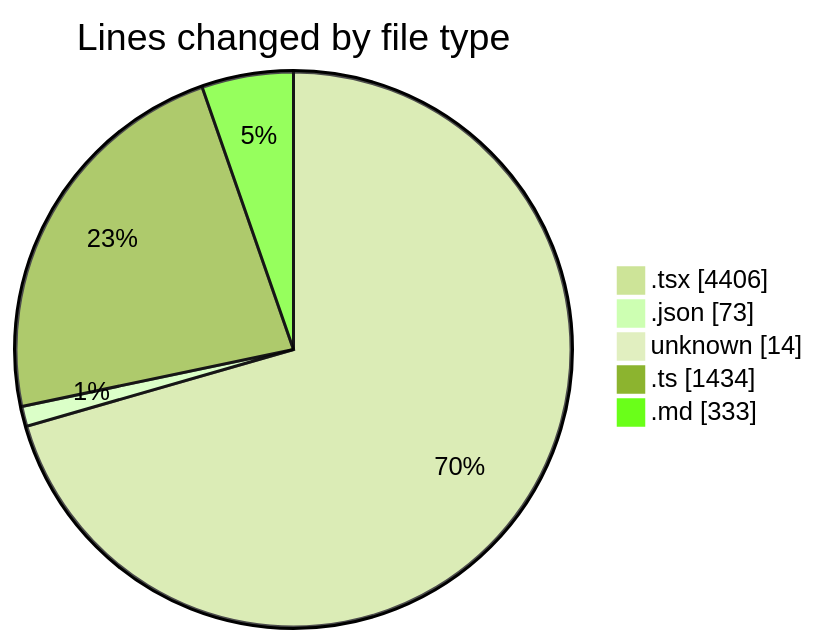
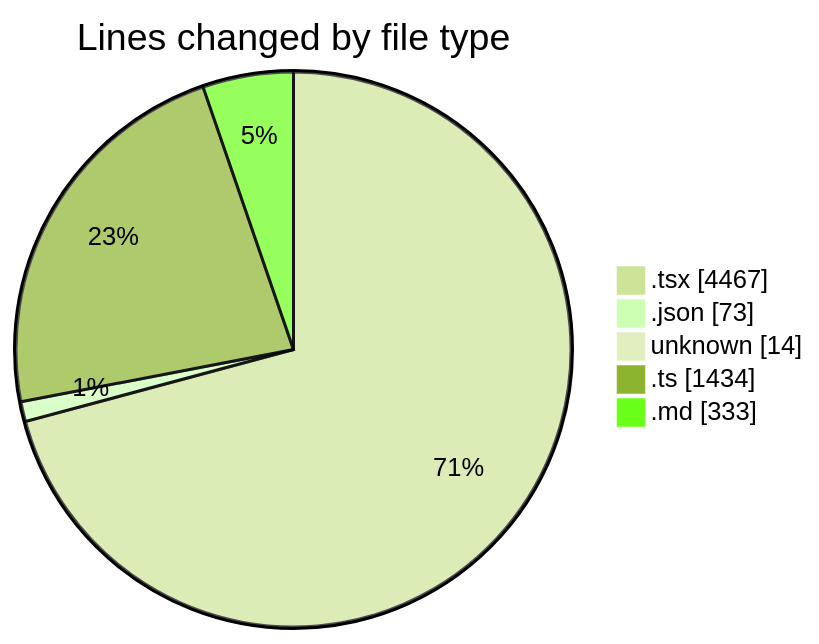
One commit to ernivani/code-tracking changed the first of 2 diagrams in 2025-01-03/tinycms/README.md. Above: the diagram before and after it, drawn with Mermaid (forest theme). The commit also changed other lines of this file and 2 other files, not shown here.

````diff
--- a/2025-01-03/tinycms/README.md
+++ b/2025-01-03/tinycms/README.md
@@ -45,9 +46,9 @@
 ```mermaid
 pie showData
 title Lines changed by file type
-".tsx" : 4406
+".tsx" : 4467
 ".json" : 73
 "unknown" : 14
 ".ts" : 1434
 ".md" : 333
 ```
````
